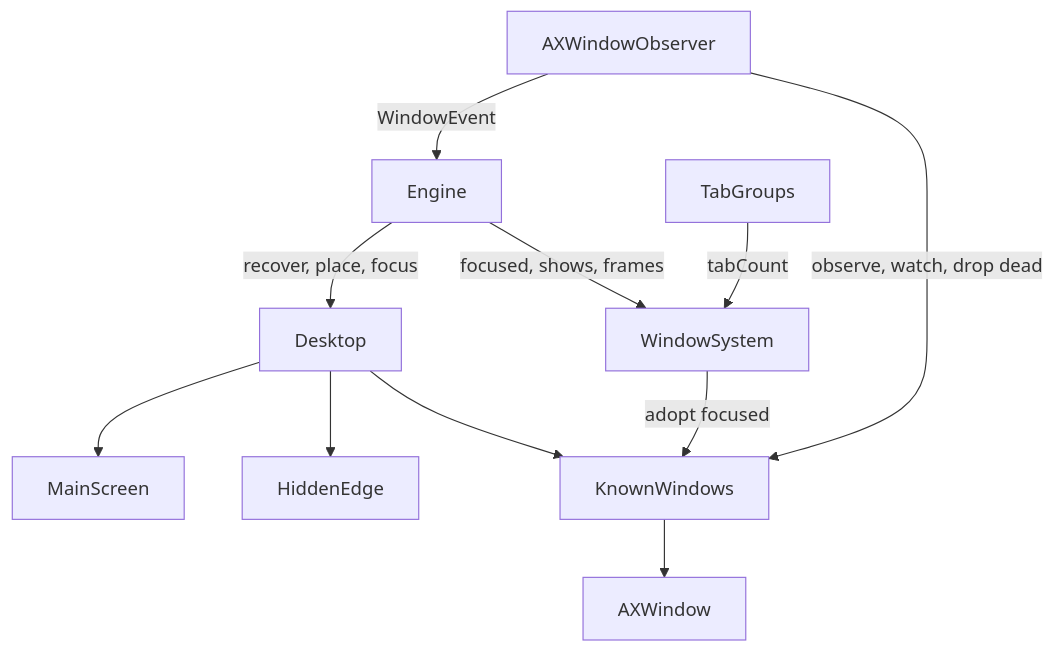
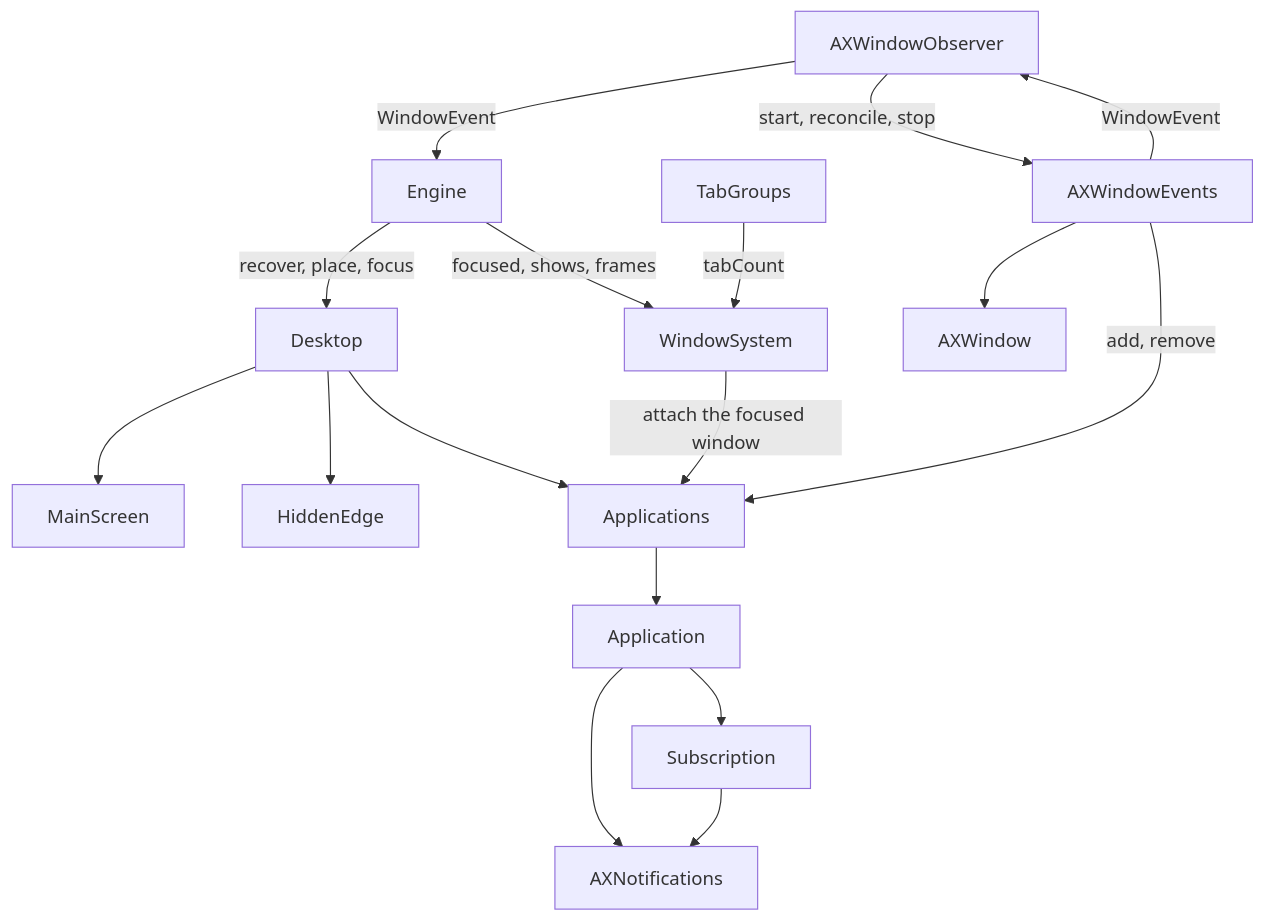
The fifth of 17 diagrams in ARCHITECTURE.md (brennovich/ottowm), drawn with Mermaid before and after one commit. The commit also changed other lines of this file and 72 other files, not shown here.

````diff
--- a/ARCHITECTURE.md
+++ b/ARCHITECTURE.md
@@ -123,13 +131,19 @@
 ```mermaid
 flowchart TB
     Engine -->|recover, place, focus| Desktop
     Engine -->|focused, shows, frames| WindowSystem
     TabGroups -->|tabCount| WindowSystem
     AXWindowObserver -->|WindowEvent| Engine
     Desktop --> MainScreen
     Desktop --> HiddenEdge
-    Desktop --> KnownWindows
-    WindowSystem -->|adopt focused| KnownWindows
-    AXWindowObserver -->|observe, watch, drop dead| KnownWindows
-    KnownWindows --> AXWindow
+    Desktop --> Applications
+    WindowSystem -->|attach the focused window| Applications
+    AXWindowObserver -->|start, reconcile, stop| AXWindowEvents
+    AXWindowEvents -->|WindowEvent| AXWindowObserver
+    AXWindowEvents -->|add, remove| Applications
+    Applications --> Application
+    Application --> Subscription
+    Application --> AXNotifications
+    Subscription --> AXNotifications
+    AXWindowEvents --> AXWindow
 ```
````
